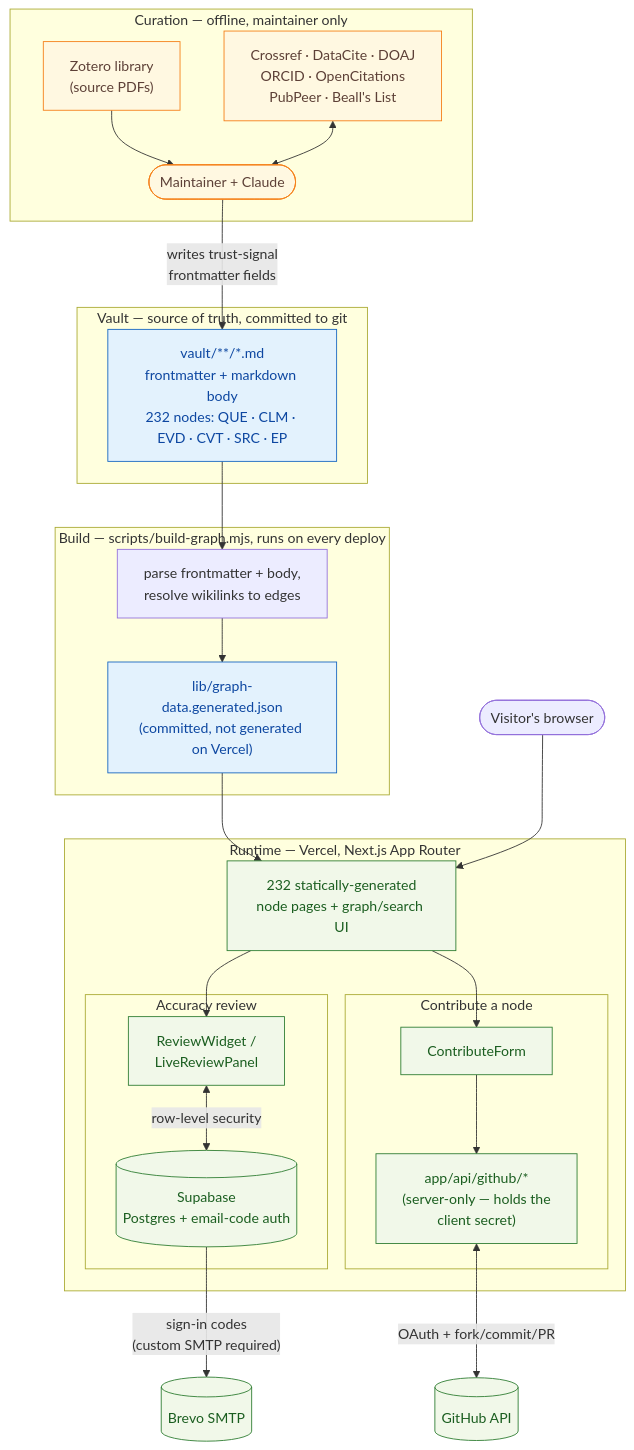
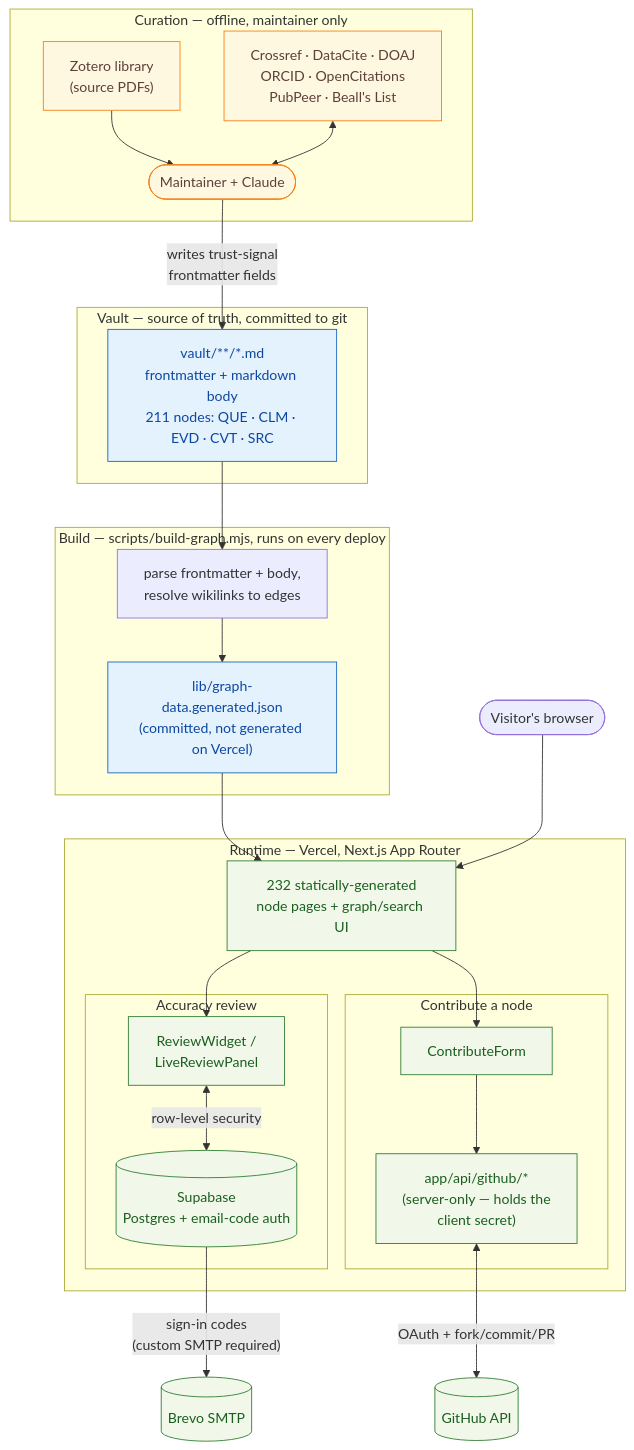
Before and after one commit to cdromcom/living-evidence-synthesis: the first of 2 diagrams in README.md, drawn with Mermaid. The commit also changed other lines of this file and 239 other files, not shown here.

````diff
--- a/README.md
+++ b/README.md
@@ -18,56 +18,56 @@
 ```mermaid
 flowchart TB
     subgraph curation["Curation — offline, maintainer only"]
         zotero["Zotero library\n(source PDFs)"]
         apis["Crossref · DataCite · DOAJ\nORCID · OpenCitations\nPubPeer · Beall's List"]
         maintainer(["Maintainer + Claude"])
         zotero --> maintainer
         apis <--> maintainer
     end
 
     subgraph vault["Vault — source of truth, committed to git"]
-        md["vault/**/*.md\nfrontmatter + markdown body\n232 nodes: QUE · CLM · EVD · CVT · SRC · EP"]
+        md["vault/**/*.md\nfrontmatter + markdown body\n211 nodes: QUE · CLM · EVD · CVT · SRC"]
     end
 
     maintainer -->|"writes trust-signal\nfrontmatter fields"| md
 
     subgraph build["Build — scripts/build-graph.mjs, runs on every deploy"]
         parse["parse frontmatter + body,\nresolve wikilinks to edges"]
         json["lib/graph-data.generated.json\n(committed, not generated on Vercel)"]
         parse --> json
     end
 
     md --> parse
 
     subgraph runtime["Runtime — Vercel, Next.js App Router"]
         pages["232 statically-generated\nnode pages + graph/search UI"]
         json --> pages
 
         subgraph review["Accuracy review"]
             reviewwidget["ReviewWidget /\nLiveReviewPanel"]
             supabase[("Supabase\nPostgres + email-code auth")]
             reviewwidget <-->|"row-level security"| supabase
         end
 
         subgraph contribute["Contribute a node"]
             contributeform["ContributeForm"]
             apiroutes["app/api/github/*\n(server-only — holds the\nclient secret)"]
             contributeform --> apiroutes
         end
 
         pages --> reviewwidget
         pages --> contributeform
     end
 
     apiroutes <-->|"OAuth + fork/commit/PR"| github[("GitHub API")]
     supabase -->|"sign-in codes\n(custom SMTP required)"| brevo[("Brevo SMTP")]
 
     browser(["Visitor's browser"]) --> pages
 
     classDef offline fill:#FFF8E1,stroke:#F57F17,color:#5D4037;
     classDef store fill:#E3F2FD,stroke:#1565C0,color:#0D47A1;
     classDef live fill:#F1F8E9,stroke:#2E7D32,color:#1B5E20;
     class zotero,apis,maintainer offline;
     class md,json store;
     class supabase,github,brevo,pages,reviewwidget,contributeform,apiroutes live;
 ```
````
